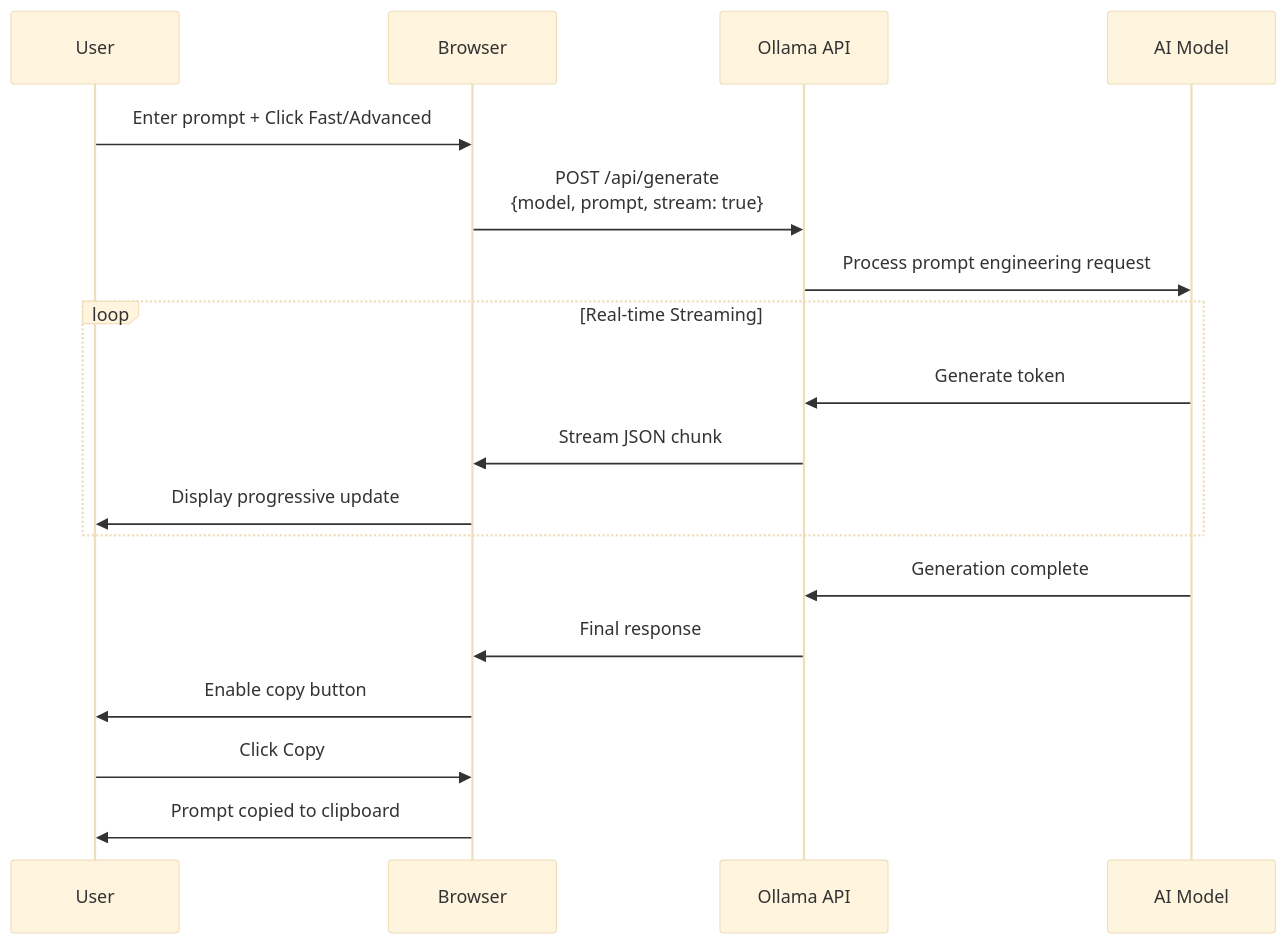
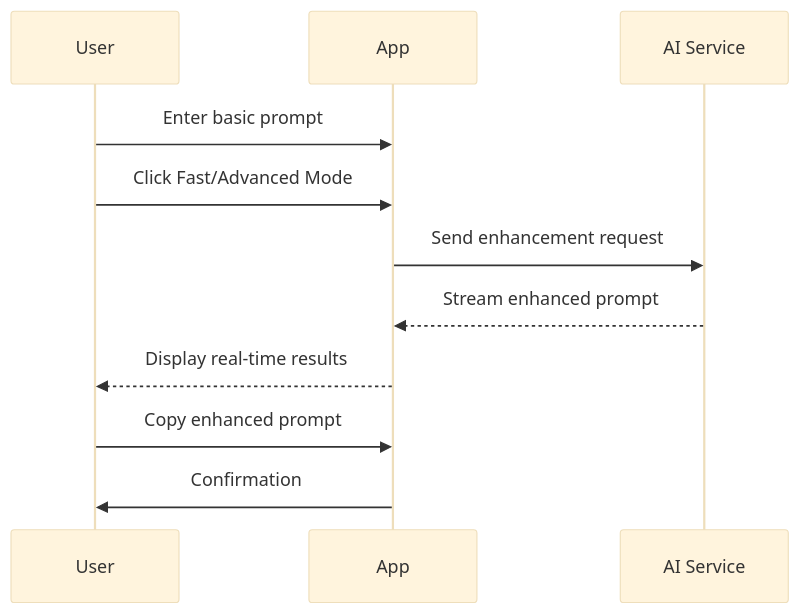
One commit to xsukax/xsukax-Ollama-AI-Prompt-Generator changed the second of 3 diagrams in README.md. Above: the diagram before and after it, drawn with Mermaid (base theme). The commit also changed other lines of this file, not shown here.

````diff
--- a/README.md
+++ b/README.md
@@ -274,23 +163,14 @@
 ```mermaid
 sequenceDiagram
     participant User
-    participant Browser
-    participant Ollama API
-    participant AI Model
-
-    User->>Browser: Enter prompt + Click Fast/Advanced
-    Browser->>Ollama API: POST /api/generate<br/>{model, prompt, stream: true}
-    Ollama API->>AI Model: Process prompt engineering request
+    participant App
+    participant AI Service
     
-    loop Real-time Streaming
-        AI Model->>Ollama API: Generate token
-        Ollama API->>Browser: Stream JSON chunk
-        Browser->>User: Display progressive update
-    end
-    
-    AI Model->>Ollama API: Generation complete
-    Ollama API->>Browser: Final response
-    Browser->>User: Enable copy button
-    User->>Browser: Click Copy
-    Browser->>User: Prompt copied to clipboard
+    User->>App: Enter basic prompt
+    User->>App: Click Fast/Advanced Mode
+    App->>AI Service: Send enhancement request
+    AI Service-->>App: Stream enhanced prompt
+    App-->>User: Display real-time results
+    User->>App: Copy enhanced prompt
+    App->>User: Confirmation
 ```
````
